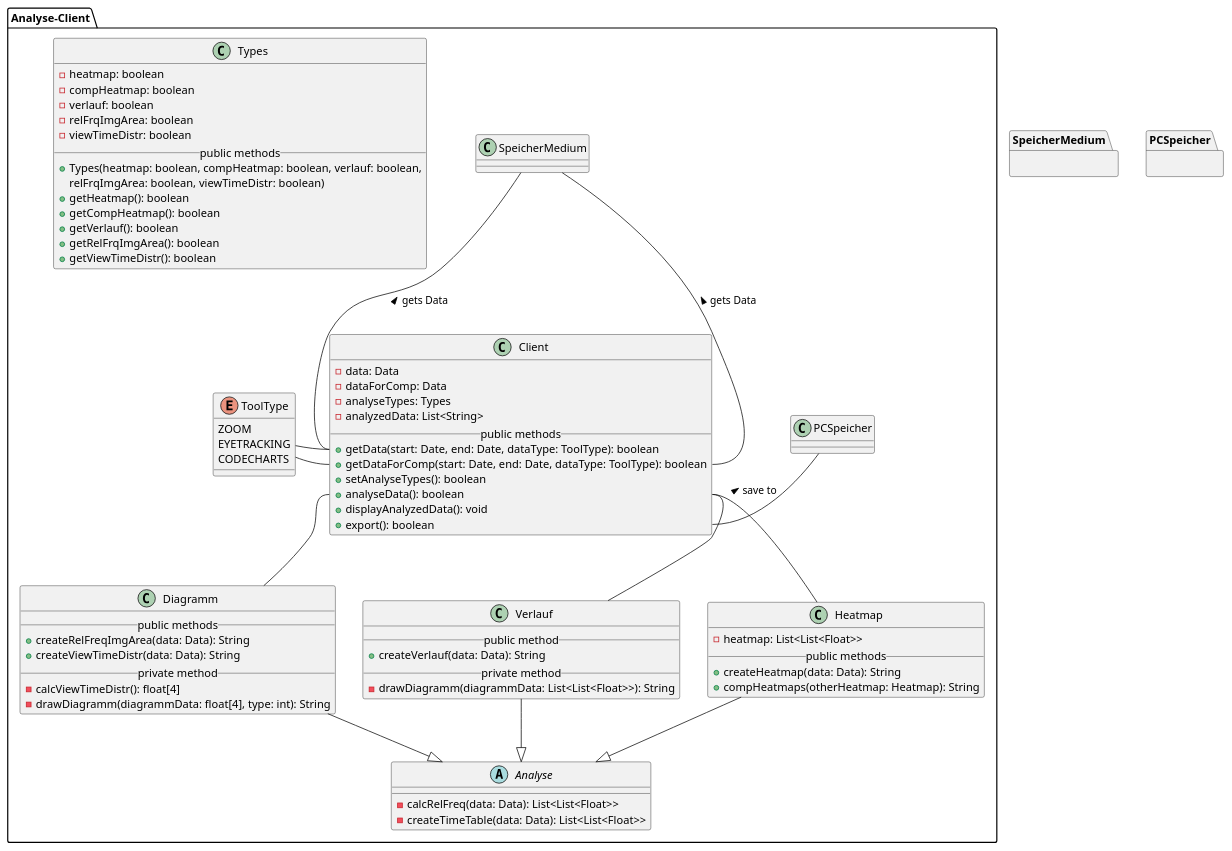
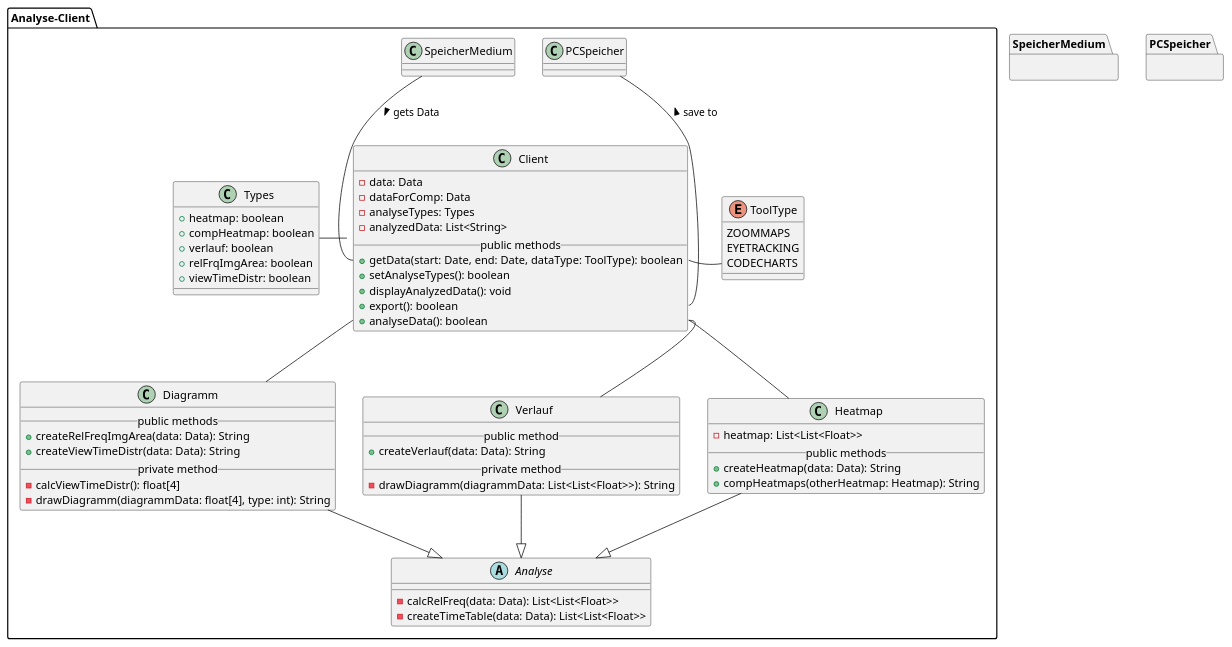
One commit to weichware10/meilensteine changed the diagram in meilenstein_03/uml-analyse-client/analyseclient.puml. Above: the diagram before and after it, drawn with PlantUML.

Commit message:
Änderung Types und Client

```diff
--- a/meilenstein_03/uml-analyse-client/analyseclient.puml
+++ b/meilenstein_03/uml-analyse-client/analyseclient.puml
@@ -1,105 +1,91 @@
 @startuml analyseclient
 
 ' === ANALYSE CLIENT ===
 package Analyse-Client{
   
   ' Client
   class Client {
     - data: Data
     - dataForComp: Data
     - analyseTypes: Types
     - analyzedData: List<String>
     __public methods__
     + getData(start: Date, end: Date, dataType: ToolType): boolean
-    + getDataForComp(start: Date, end: Date, dataType: ToolType): boolean
     + setAnalyseTypes(): boolean
-    + analyseData(): boolean
     + displayAnalyzedData(): void
     + export(): boolean
+    + analyseData(): boolean
   }
 
   ' Analyse
   abstract Analyse {
     - calcRelFreq(data: Data): List<List<Float>>
     - createTimeTable(data: Data): List<List<Float>>
   }
 
   ' Heatmap
   class Heatmap {
     - heatmap: List<List<Float>>
     __public methods__
     + createHeatmap(data: Data): String
     + compHeatmaps(otherHeatmap: Heatmap): String
   }
 
   ' Verlauf
   class Verlauf {
     __public method__
     + createVerlauf(data: Data): String
     __private method__
     - drawDiagramm(diagrammData: List<List<Float>>): String
   }
 
   ' Diagramm
   class Diagramm {
     __public methods__
     + createRelFreqImgArea(data: Data): String
     + createViewTimeDistr(data: Data): String
     __private method__
     - calcViewTimeDistr(): float[4]
     - drawDiagramm(diagrammData: float[4], type: int): String
   }
 
   ' Types
   class Types {
-    - heatmap: boolean
-    - compHeatmap: boolean
-    - verlauf: boolean
-    - relFrqImgArea: boolean
-    - viewTimeDistr: boolean
-    __public methods__
-    + Types(heatmap: boolean, compHeatmap: boolean, verlauf: boolean,
-     relFrqImgArea: boolean, viewTimeDistr: boolean)
-    + getHeatmap(): boolean
-    + getCompHeatmap(): boolean
-    + getVerlauf(): boolean
-    + getRelFrqImgArea(): boolean
-    + getViewTimeDistr(): boolean
+    + heatmap: boolean
+    + compHeatmap: boolean
+    + verlauf: boolean
+    + relFrqImgArea: boolean
+    + viewTimeDistr: boolean
   }
 
   ' Typen der erhobenen Daten
   enum ToolType {
-    ZOOM
+    ZOOMMAPS
     EYETRACKING
     CODECHARTS
   }
 
   ' Vererbung
   Analyse <|-u- Heatmap
   Analyse <|-u- Verlauf
   Analyse <|-u- Diagramm
 
   ' Interaktionen
-  Client::getData -l- ToolType
-  Client::getDataForComp -l- ToolType
+  Client::getData -r- ToolType
   Client::analyseData -d- Heatmap 
   Client::analyseData -d- Verlauf
   Client::analyseData -d- Diagramm
+  Client -l- Types
 
   ' Andere Module
-  Client::getData -u- SpeicherMedium : > gets Data
-  Client::getDataForComp -u- SpeicherMedium : > gets Data
-  Client::export -r- PCSpeicher : > save to
+  Client::getData -u- SpeicherMedium : < gets Data
+  Client::export -u- PCSpeicher : > save to
 
 }
+
 ' Blackbox
 package SpeicherMedium {}
 
 package PCSpeicher {}
 
-'package GUI {}
-
-' Interaktion
-'Client::displayAnalyzedData -l- GUI : > output
-
 @enduml
```
